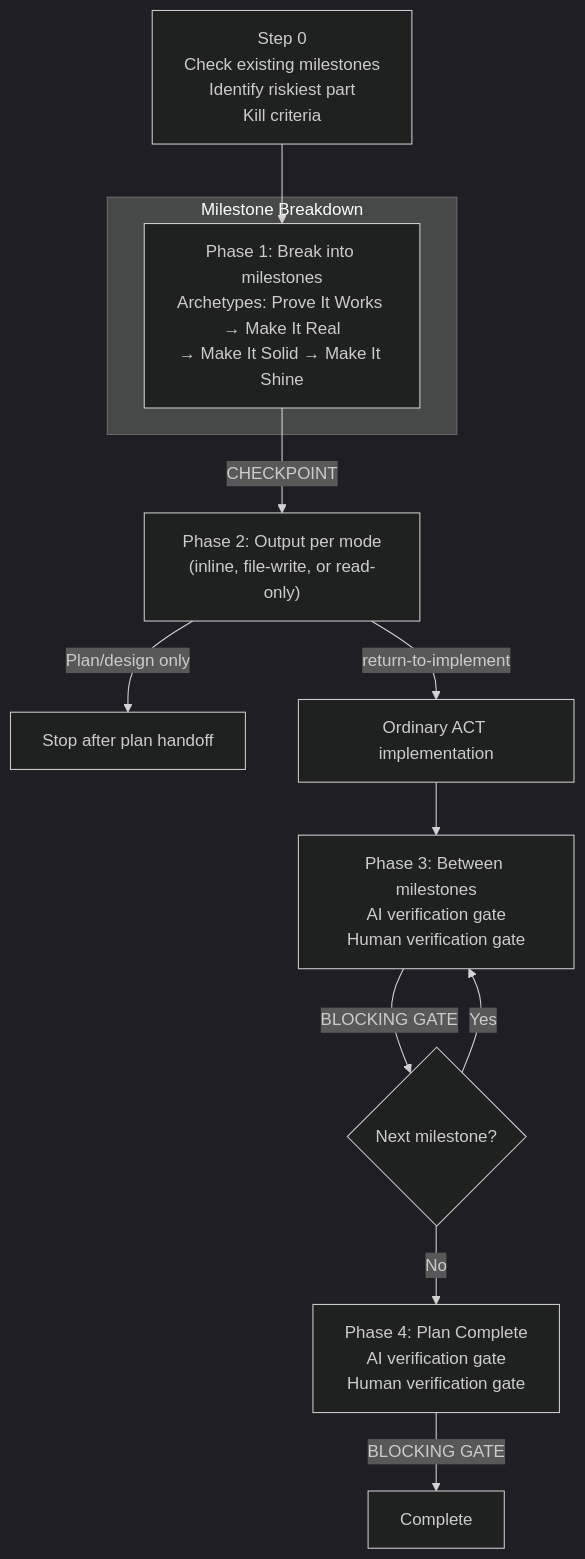
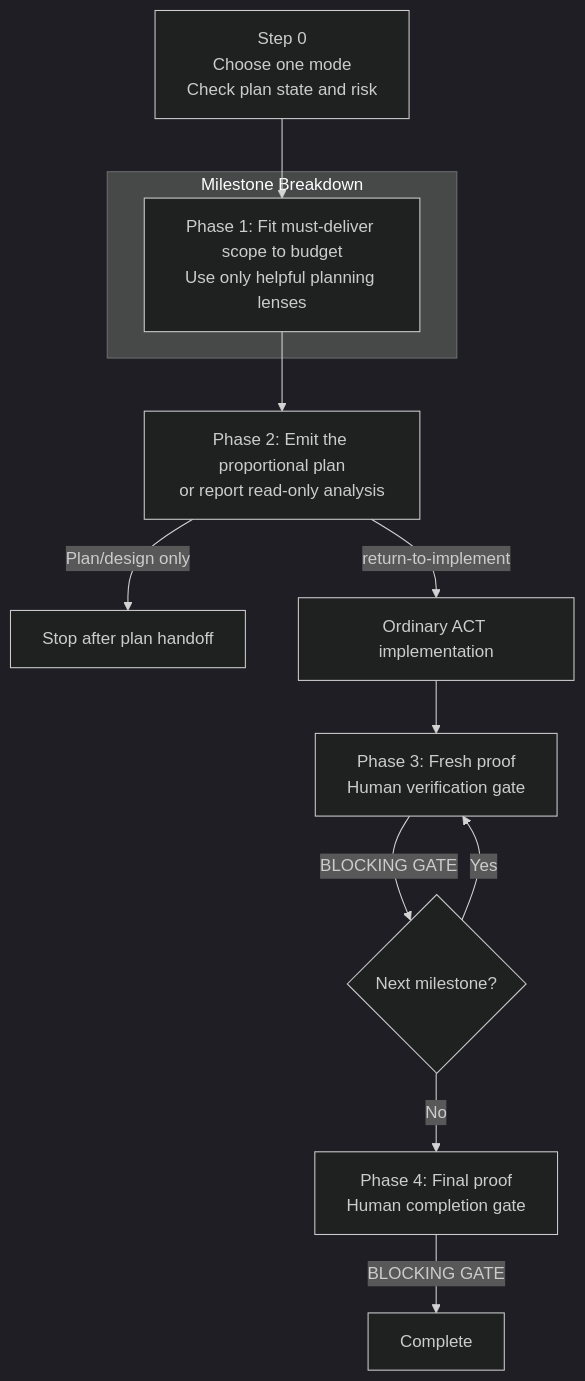
One commit to blundergoat/goat-flow changed the fifth of 9 diagrams in docs/skills.md. Above: the diagram before and after it, drawn with Mermaid (dark theme). The commit also changed other lines of this file and 19 other files, not shown here.

````diff
--- a/docs/skills.md
+++ b/docs/skills.md
@@ -166,17 +166,17 @@
 ```mermaid
 flowchart TD
-    S0["Step 0\nCheck existing milestones\nIdentify riskiest part\nKill criteria"] --> P1
+    S0["Step 0\nChoose one mode\nCheck plan state and risk"] --> P1
 
     subgraph Plan["Milestone Breakdown"]
-        P1["Phase 1: Break into milestones\nArchetypes: Prove It Works → Make It Real\n→ Make It Solid → Make It Shine"]
+        P1["Phase 1: Fit must-deliver scope to budget\nUse only helpful planning lenses"]
     end
 
-    P1 -->|"CHECKPOINT"| P2["Phase 2: Output per mode\n(inline, file-write, or read-only)"]
+    P1 --> P2["Phase 2: Emit the proportional plan\nor report read-only analysis"]
     P2 -->|"Plan/design only"| Planned["Stop after plan handoff"]
     P2 -->|"return-to-implement"| ACT["Ordinary ACT implementation"]
-    ACT --> P3["Phase 3: Between milestones\nAI verification gate\nHuman verification gate"]
+    ACT --> P3["Phase 3: Fresh proof\nHuman verification gate"]
     P3 -->|"BLOCKING GATE"| Next{"Next milestone?"}
     Next -->|Yes| P3
-    Next -->|No| P4["Phase 4: Plan Complete\nAI verification gate\nHuman verification gate"]
+    Next -->|No| P4["Phase 4: Final proof\nHuman completion gate"]
     P4 -->|"BLOCKING GATE"| Close["Complete"]
 ```
````
